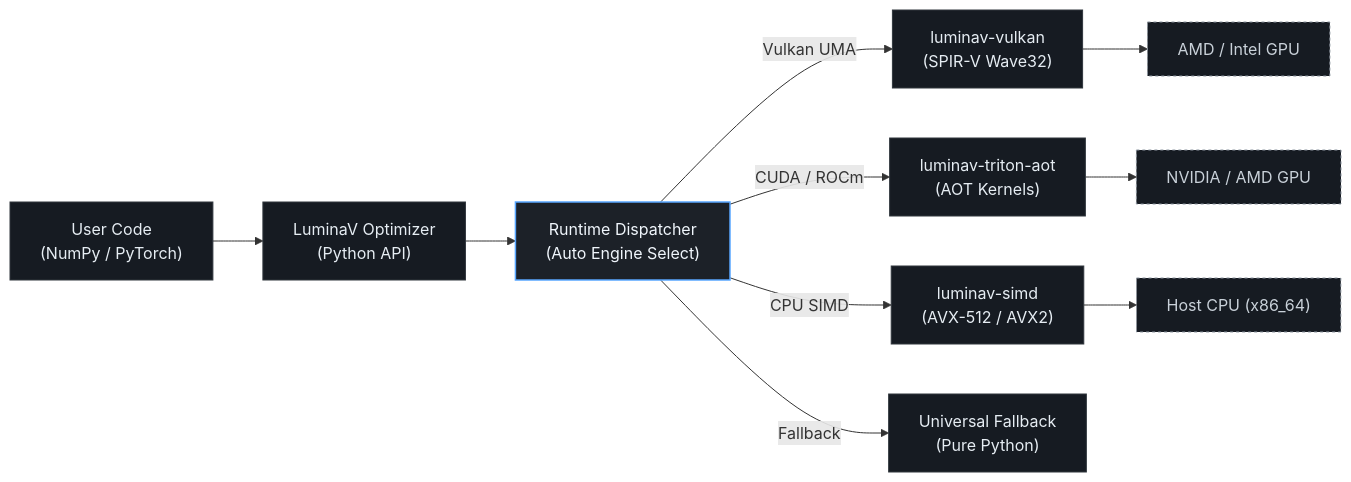
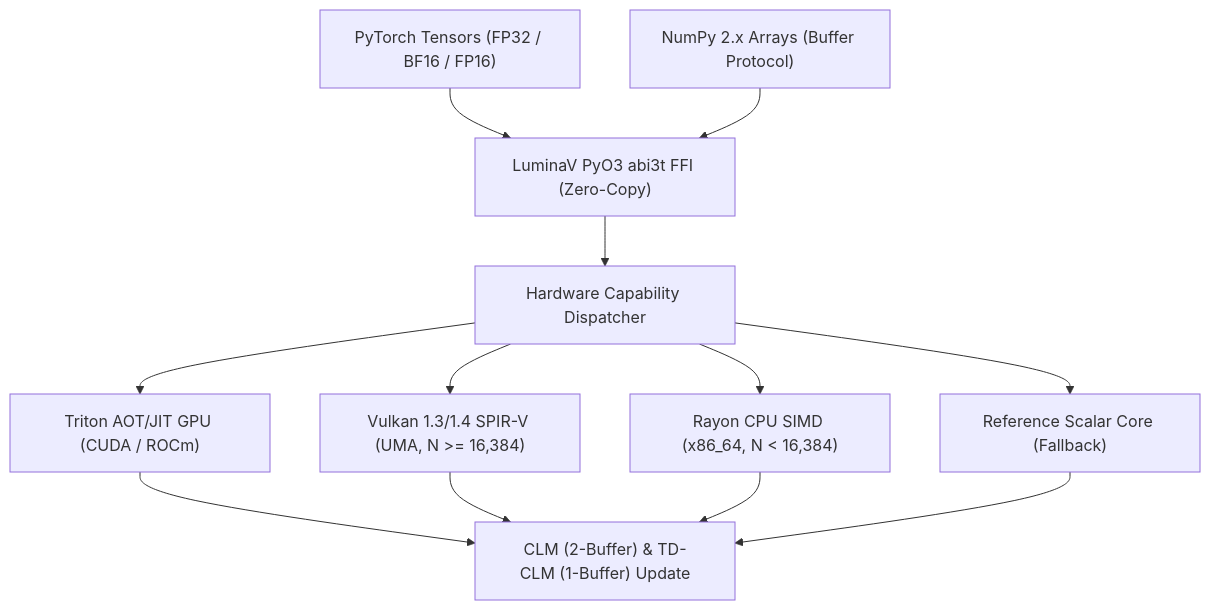
The diagram in optimizer/README.md (cloverx-id/luminamoon), drawn with Mermaid before and after one commit. The commit also changed other lines of this file and 177 other files, not shown here.

````diff
--- a/optimizer/README.md
+++ b/optimizer/README.md
@@ -23,22 +23,11 @@
 ```mermaid
-flowchart LR
-    User["User Code\n(NumPy / PyTorch)"] --> LuminaV["LuminaV Optimizer\n(Python API)"]
-    LuminaV --> Dispatcher["Runtime Dispatcher\n(Auto Engine Select)"]
-
-    Dispatcher -->|"Vulkan UMA"| Vulkan["luminav-vulkan\n(SPIR-V Wave32)"]
-    Dispatcher -->|"CUDA / ROCm"| Triton["luminav-triton-aot\n(AOT Kernels)"]
-    Dispatcher -->|"CPU SIMD"| Simd["luminav-simd\n(AVX-512 / AVX2)"]
-    Dispatcher -->|"Fallback"| Fallback["Universal Fallback\n(Pure Python)"]
-
-    Vulkan --> DevGPU1["AMD / Intel GPU"]
-    Triton --> DevGPU2["NVIDIA / AMD GPU"]
-    Simd --> DevCPU["Host CPU (x86_64)"]
-
-    classDef default fill:#161b22,stroke:#30363d,stroke-width:1px,color:#e6edf3;
-    classDef focal fill:#1c2128,stroke:#58a6ff,stroke-width:1.5px,color:#f0f6fc;
-    classDef target fill:#161b22,stroke:#8b949e,stroke-width:1px,color:#c9d1d9,stroke-dasharray: 3 3;
-
-    class User,LuminaV,Vulkan,Triton,Simd,Fallback default;
-    class Dispatcher focal;
-    class DevGPU1,DevGPU2,DevCPU target;
+flowchart TD
+    PyTorch["PyTorch Tensors (FP32 / BF16 / FP16)"] --> FFI["LuminaV PyO3 abi3t FFI (Zero-Copy)"]
+    NumPy["NumPy 2.x Arrays (Buffer Protocol)"] --> FFI
+    FFI --> Dispatcher["Hardware Capability Dispatcher"]
+    Dispatcher --> Triton["Triton AOT/JIT GPU (CUDA / ROCm)"]
+    Dispatcher --> Vulkan["Vulkan 1.3/1.4 SPIR-V (UMA, N >= 16,384)"]
+    Dispatcher --> SIMD["Rayon CPU SIMD (x86_64, N < 16,384)"]
+    Dispatcher --> Scalar["Reference Scalar Core (Fallback)"]
+    Triton & Vulkan & SIMD & Scalar --> Math["CLM (2-Buffer) & TD-CLM (1-Buffer) Update"]
 ```
````
